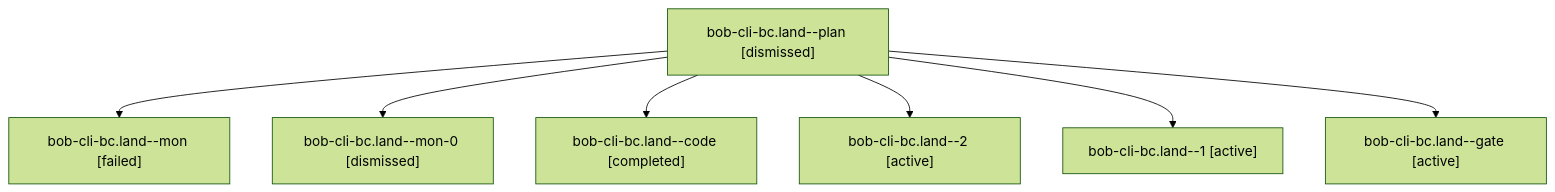
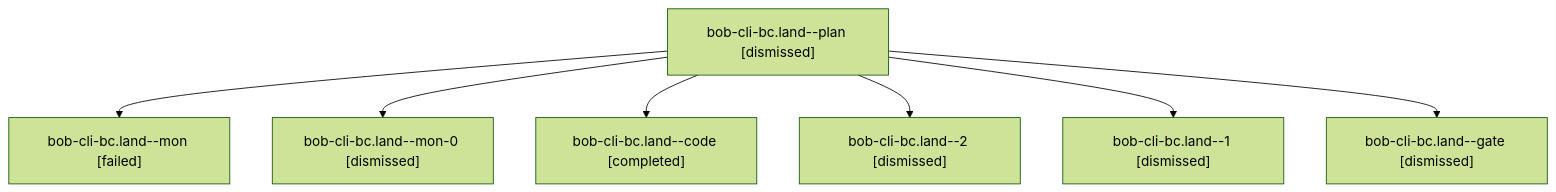
One commit to bobs-org/bob-cli--agents changed the diagram in sessions/bbugyi200.apollo.bob-cli-bc.land.md. Above: the diagram before and after it, drawn with Mermaid (forest theme). The commit also changed other lines of this file and 214 other files, not shown here.

````diff
--- a/sessions/bbugyi200.apollo.bob-cli-bc.land.md
+++ b/sessions/bbugyi200.apollo.bob-cli-bc.land.md
@@ -9,16 +9,16 @@
 ```mermaid
 flowchart TD
   n0["bob-cli-bc.land--plan [dismissed]"]
   n1["bob-cli-bc.land--mon [failed]"]
   n0 --> n1
   n2["bob-cli-bc.land--mon-0 [dismissed]"]
   n0 --> n2
   n3["bob-cli-bc.land--code [completed]"]
   n0 --> n3
-  n4["bob-cli-bc.land--2 [active]"]
+  n4["bob-cli-bc.land--2 [dismissed]"]
   n0 --> n4
-  n5["bob-cli-bc.land--1 [active]"]
+  n5["bob-cli-bc.land--1 [dismissed]"]
   n0 --> n5
-  n6["bob-cli-bc.land--gate [active]"]
+  n6["bob-cli-bc.land--gate [dismissed]"]
   n0 --> n6
 ```
````
